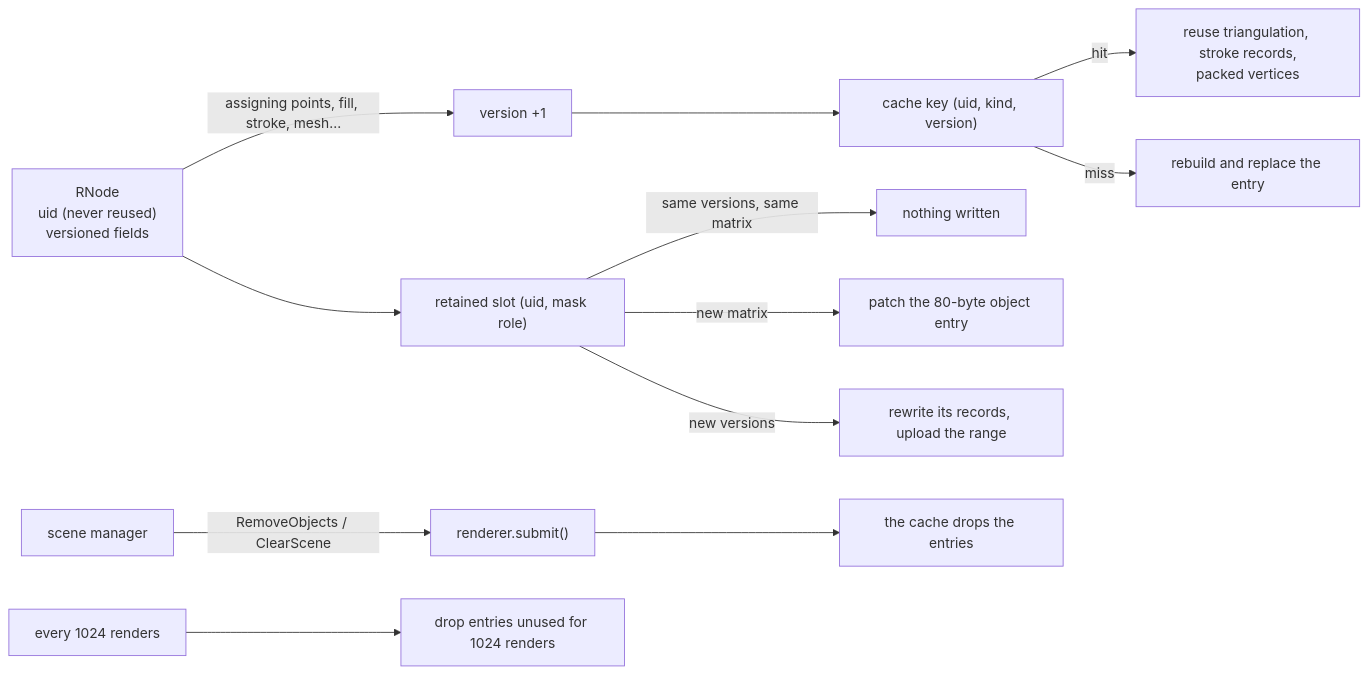
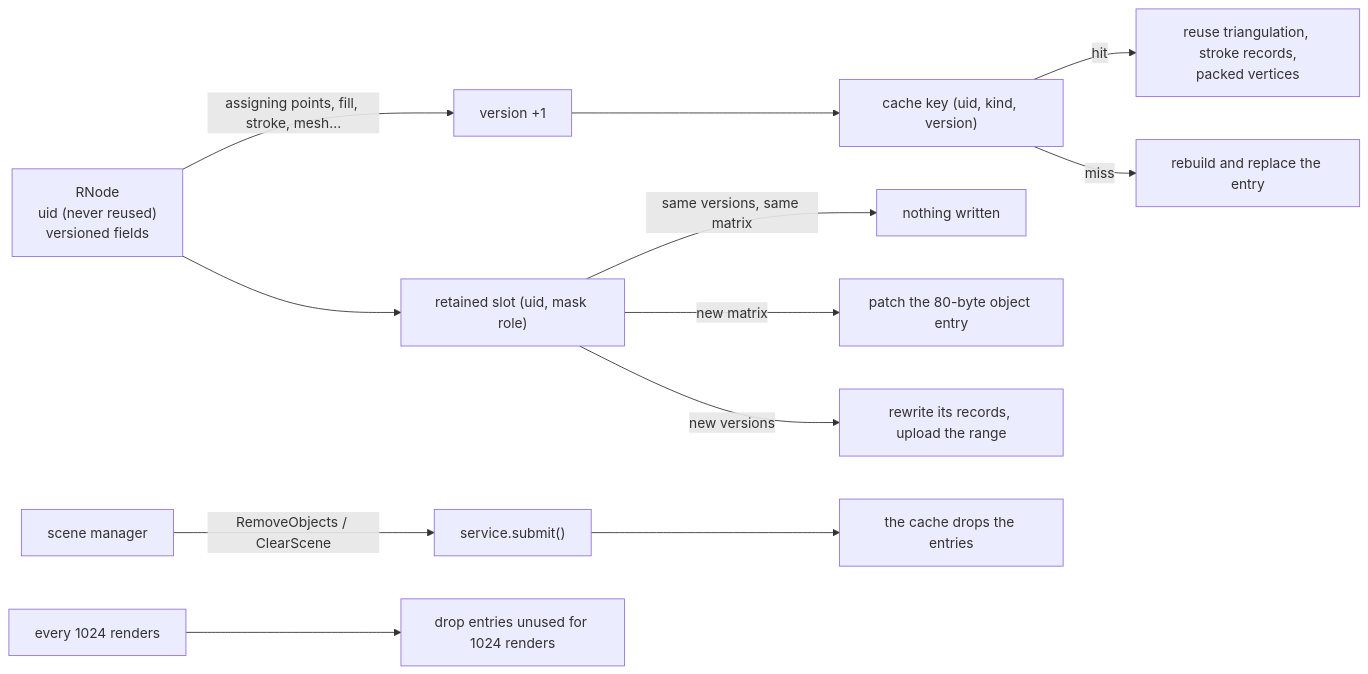
The seventh of 7 diagrams in manimx/manimx/renderer/README.md (MrDiver/manim), drawn with Mermaid before and after one commit. The commit also changed other lines of this file and 31 other files, not shown here.

````diff
--- a/manimx/manimx/renderer/README.md
+++ b/manimx/manimx/renderer/README.md
@@ -313,13 +351,13 @@
 ```mermaid
 flowchart LR
     Obj["RNode<br/>uid (never reused)<br/>versioned fields"] -->|"assigning points, fill, stroke, mesh..."| V["version +1"]
     V --> Key["cache key (uid, kind, version)"]
     Key -->|hit| Reuse["reuse triangulation, stroke records,<br/>packed vertices"]
     Key -->|miss| Build["rebuild and replace the entry"]
     Obj --> Slot["retained slot (uid, mask role)"]
     Slot -->|"same versions, same matrix"| Nothing["nothing written"]
     Slot -->|"new matrix"| Patch["patch the 80-byte object entry"]
     Slot -->|"new versions"| Repack["rewrite its records, upload the range"]
-    Mgr["scene manager"] -->|"RemoveObjects / ClearScene"| R["renderer.submit()"] --> C["the cache drops the entries"]
+    Mgr["scene manager"] -->|"RemoveObjects / ClearScene"| R["service.submit()"] --> C["the cache drops the entries"]
     Gen["every 1024 renders"] --> Sweep["drop entries unused for 1024 renders"]
 ```
````
